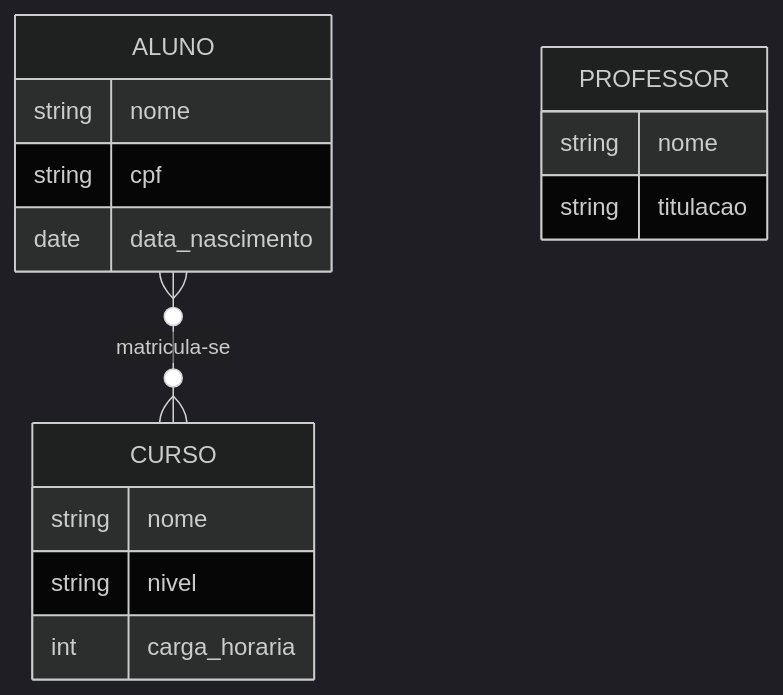
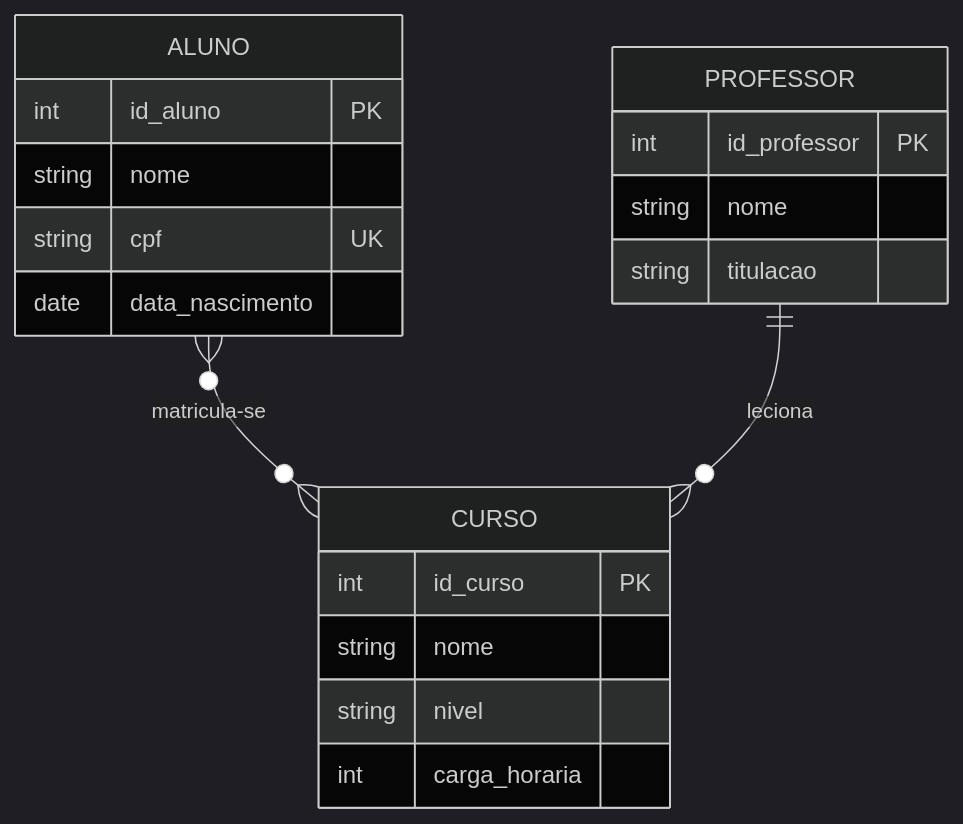
The first of 2 diagrams in 10_28/merder.md (FelipeEvangelistaNeves/UMC_DB), drawn with Mermaid (dark theme) before and after one commit. The commit also changed other lines of this file, not shown here.

````diff
--- a/10_28/merder.md
+++ b/10_28/merder.md
@@ -14,21 +16,25 @@
 ```mermaid
 erDiagram
     ALUNO {
+        int id_aluno PK
         string nome
-        string cpf
+        string cpf UK
         date data_nascimento
     }
 
     CURSO {
+        int id_curso PK
         string nome
         string nivel
         int carga_horaria
     }
 
     PROFESSOR {
+        int id_professor PK
         string nome
         string titulacao
     }
 
     ALUNO }o--o{ CURSO : matricula-se
+    PROFESSOR ||--o{ CURSO : leciona
 ```
````
